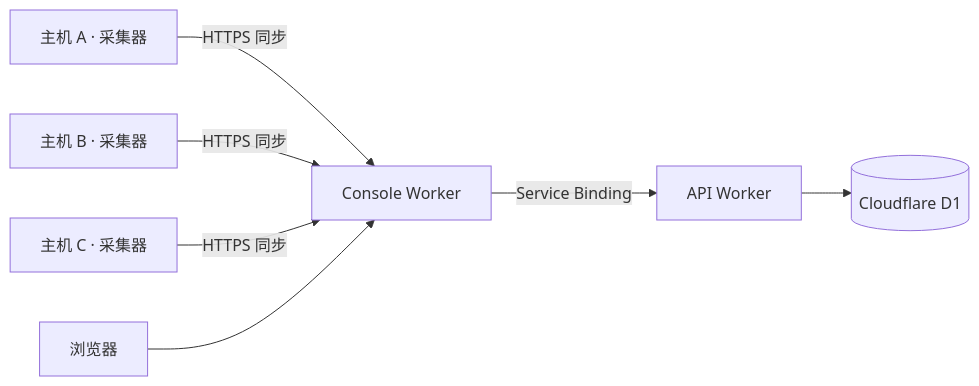
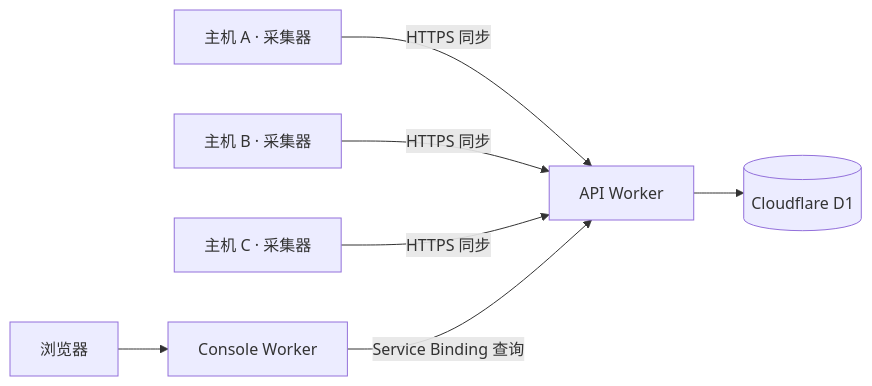
One commit to HSwift/tokscale-serverless changed the diagram in README_CN.md. Above: the diagram before and after it, drawn with Mermaid. The commit also changed other lines of this file and 9 other files, not shown here.

Commit message:
fix: configure collector API URL at console build time

````diff
--- a/README_CN.md
+++ b/README_CN.md
@@ -21,9 +21,9 @@
 ```mermaid
 flowchart LR
-    A[主机 A · 采集器] -->|HTTPS 同步| Console[Console Worker]
-    B[主机 B · 采集器] -->|HTTPS 同步| Console
-    C[主机 C · 采集器] -->|HTTPS 同步| Console
+    A[主机 A · 采集器] -->|HTTPS 同步| API[API Worker]
+    B[主机 B · 采集器] -->|HTTPS 同步| API
+    C[主机 C · 采集器] -->|HTTPS 同步| API
     API --> DB[(Cloudflare D1)]
-    Browser[浏览器] --> Console
-    Console -->|Service Binding| API[API Worker]
+    Browser[浏览器] --> Console[Console Worker]
+    Console -->|Service Binding 查询| API
 ```
````
